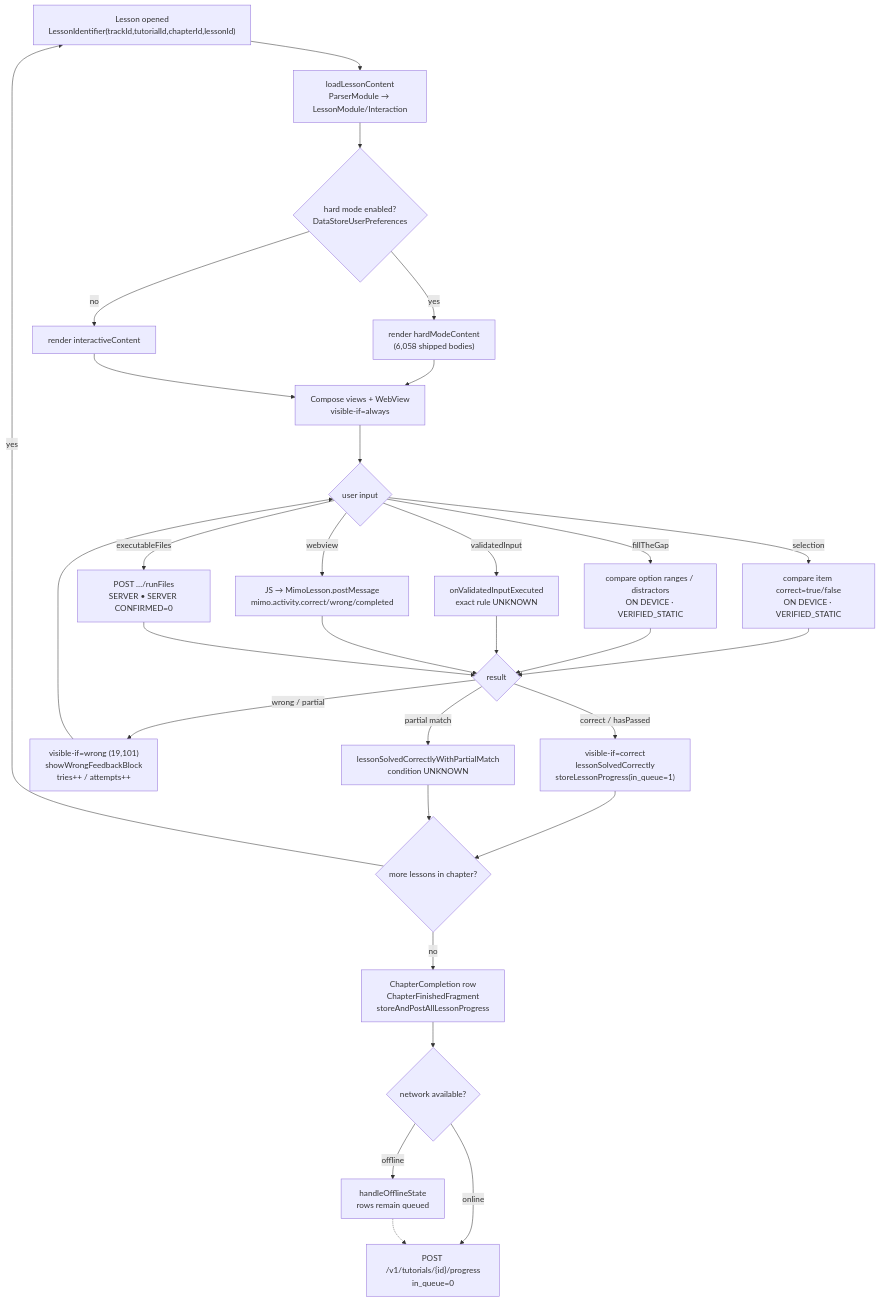
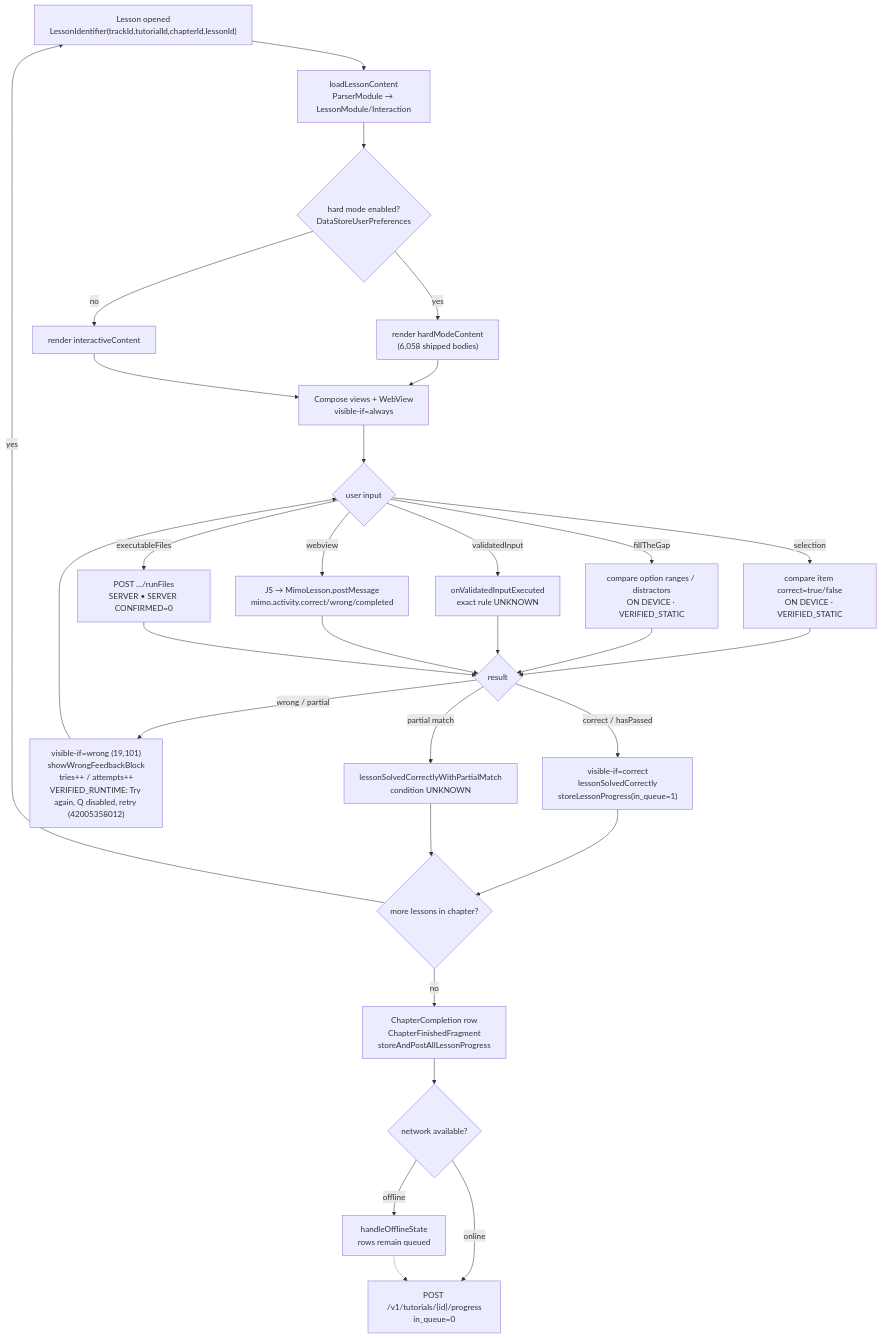
Before and after one commit to danmillman008-hub/game: the diagram in ANALYSIS/MISSION_05/DIAGRAMS/lesson_flow.mmd, drawn with Mermaid. The commit also changed other lines of this file and 100 other files, not shown here.

Commit message:
MISSION 05 FINAL: offline architecture reconstruction, 5 runtime runs, evidence database and REVIEW

````diff
--- a/ANALYSIS/MISSION_05/DIAGRAMS/lesson_flow.mmd
+++ b/ANALYSIS/MISSION_05/DIAGRAMS/lesson_flow.mmd
@@ -1,32 +1,32 @@
 ```mermaid
 flowchart TD
   START["Lesson opened<br/>LessonIdentifier(trackId,tutorialId,chapterId,lessonId)"] --> LOAD["loadLessonContent<br/>ParserModule → LessonModule/Interaction"]
   LOAD --> HARD{"hard mode enabled?<br/>DataStoreUserPreferences"}
   HARD -->|yes| HM["render hardModeContent<br/>(6,058 shipped bodies)"]
   HARD -->|no| REG["render interactiveContent"]
   HM --> SHOW
   REG --> SHOW["Compose views + WebView<br/>visible-if=always"]
   SHOW --> INPUT{"user input"}
   INPUT -->|selection| S1["compare item correct=true/false<br/>ON DEVICE · VERIFIED_STATIC"]
   INPUT -->|fillTheGap| S2["compare option ranges / distractors<br/>ON DEVICE · VERIFIED_STATIC"]
   INPUT -->|validatedInput| S3["onValidatedInputExecuted<br/>exact rule UNKNOWN"]
   INPUT -->|webview| S4["JS → MimoLesson.postMessage<br/>mimo.activity.correct/wrong/completed"]
   INPUT -->|executableFiles| S5["POST …/runFiles<br/>SERVER • SERVER CONFIRMED=0"]
   S1 --> RES
   S2 --> RES
   S3 --> RES
   S4 --> RES
   S5 --> RES{"result"}
   RES -->|correct / hasPassed| OK["visible-if=correct<br/>lessonSolvedCorrectly<br/>storeLessonProgress(in_queue=1)"]
-  RES -->|wrong / partial| NO["visible-if=wrong (19,101)<br/>showWrongFeedbackBlock<br/>tries++ / attempts++"]
+  RES -->|wrong / partial| NO["visible-if=wrong (19,101)<br/>showWrongFeedbackBlock<br/>tries++ / attempts++<br/>VERIFIED_RUNTIME: Try again, Q disabled, retry (42005358012)"]
   RES -->|partial match| PART["lessonSolvedCorrectlyWithPartialMatch<br/>condition UNKNOWN"]
   NO --> INPUT
   OK --> NEXT{"more lessons in chapter?"}
   PART --> NEXT
   NEXT -->|yes| START
   NEXT -->|no| END["ChapterCompletion row<br/>ChapterFinishedFragment<br/>storeAndPostAllLessonProgress"]
   END --> Q{"network available?"}
   Q -->|online| SYNC["POST /v1/tutorials/{id}/progress<br/>in_queue=0"]
   Q -->|offline| OFF["handleOfflineState<br/>rows remain queued"]
   OFF -.-> SYNC
 ```
````
